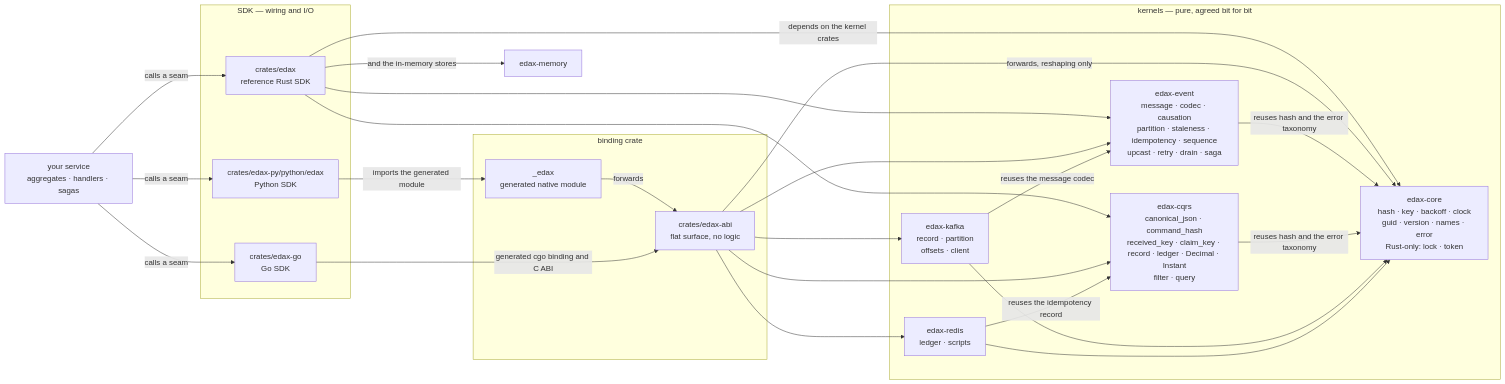
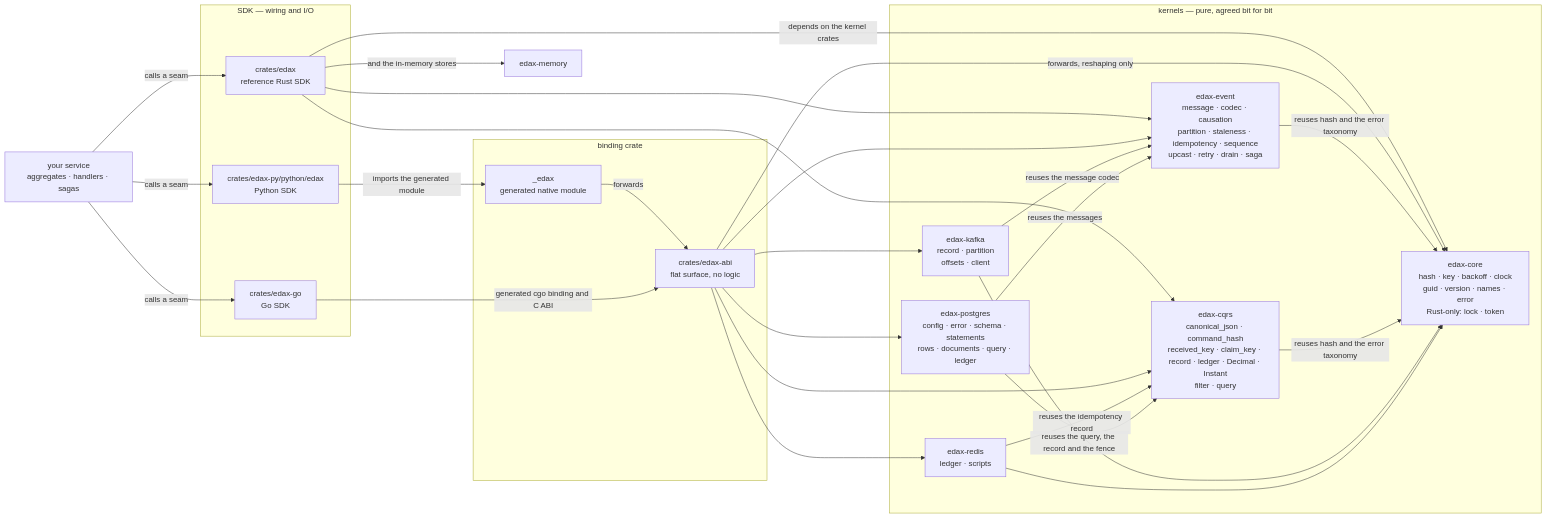
One commit to haskian/edax changed the first of 2 diagrams in docs/kernels/README.md. Above: the diagram before and after it, drawn with Mermaid. The commit also changed other lines of this file and 63 other files, not shown here.

````diff
--- a/docs/kernels/README.md
+++ b/docs/kernels/README.md
@@ -10,45 +10,49 @@
 ```mermaid
 flowchart LR
     APP["your service<br/>aggregates · handlers · sagas"]
 
     subgraph sdks["SDK — wiring and I/O"]
         RS["crates/edax<br/>reference Rust SDK"]
         PY["crates/edax-py/python/edax<br/>Python SDK"]
         GO["crates/edax-go<br/>Go SDK"]
     end
 
     subgraph binding["binding crate"]
         ABI["crates/edax-abi<br/>flat surface, no logic"]
         NAT["_edax<br/>generated native module"]
     end
 
     subgraph kernels["kernels — pure, agreed bit for bit"]
         CORE["edax-core<br/>hash · key · backoff · clock<br/>guid · version · names · error<br/>Rust-only: lock · token"]
         EV["edax-event<br/>message · codec · causation<br/>partition · staleness · idempotency · sequence<br/>upcast · retry · drain · saga"]
         CQ["edax-cqrs<br/>canonical_json · command_hash<br/>received_key · claim_key · record · ledger · Decimal · Instant<br/>filter · query"]
         KAF["edax-kafka<br/>record · partition<br/>offsets · client"]
         RED["edax-redis<br/>ledger · scripts"]
+        PG["edax-postgres<br/>config · error · schema · statements<br/>rows · documents · query · ledger"]
     end
 
     APP -->|"calls a seam"| RS
     APP -->|"calls a seam"| PY
     APP -->|"calls a seam"| GO
     RS -->|"depends on the kernel crates"| CORE
     RS --> EV
     RS --> CQ
     RS -->|"and the in-memory stores"| MEM["edax-memory"]
     PY -->|"imports the generated module"| NAT
     NAT -->|"forwards"| ABI
     GO -->|"generated cgo binding and C ABI"| ABI
     ABI -->|"forwards, reshaping only"| CORE
     ABI --> EV
     ABI --> CQ
     ABI --> KAF
     ABI --> RED
+    ABI --> PG
     EV -->|"reuses hash and the error taxonomy"| CORE
     CQ -->|"reuses hash and the error taxonomy"| CORE
     KAF -->|"reuses the message codec"| EV
     KAF --> CORE
     RED -->|"reuses the idempotency record"| CQ
     RED --> CORE
+    PG -->|"reuses the query, the record and the fence"| CQ
+    PG -->|"reuses the messages"| EV
 ```
````
